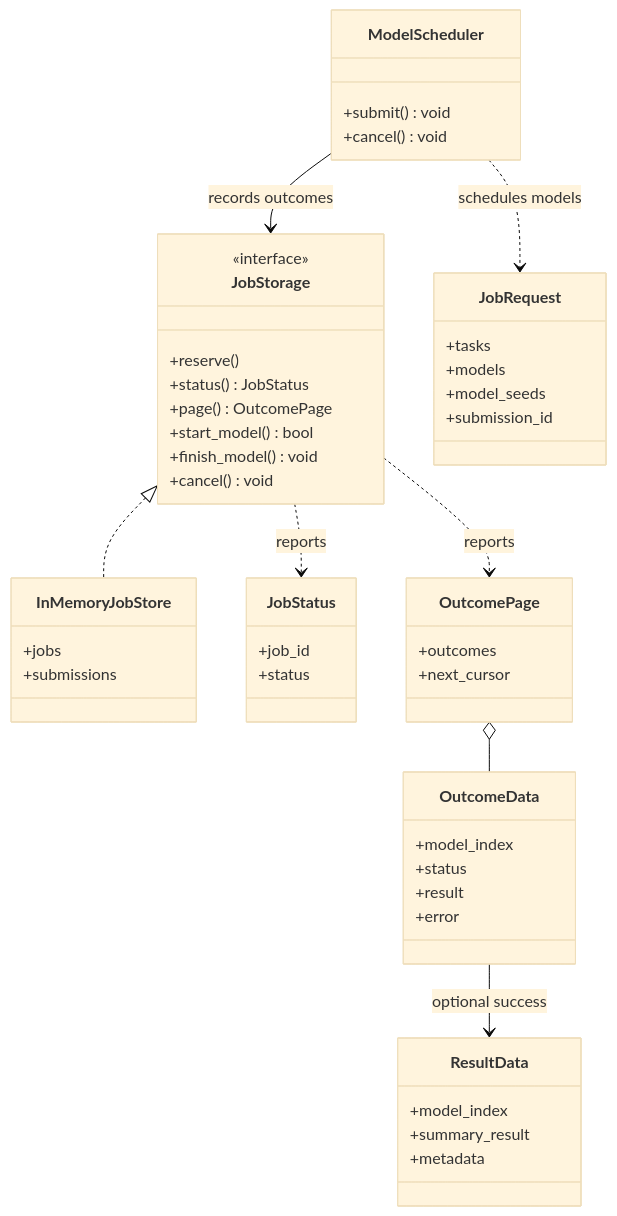
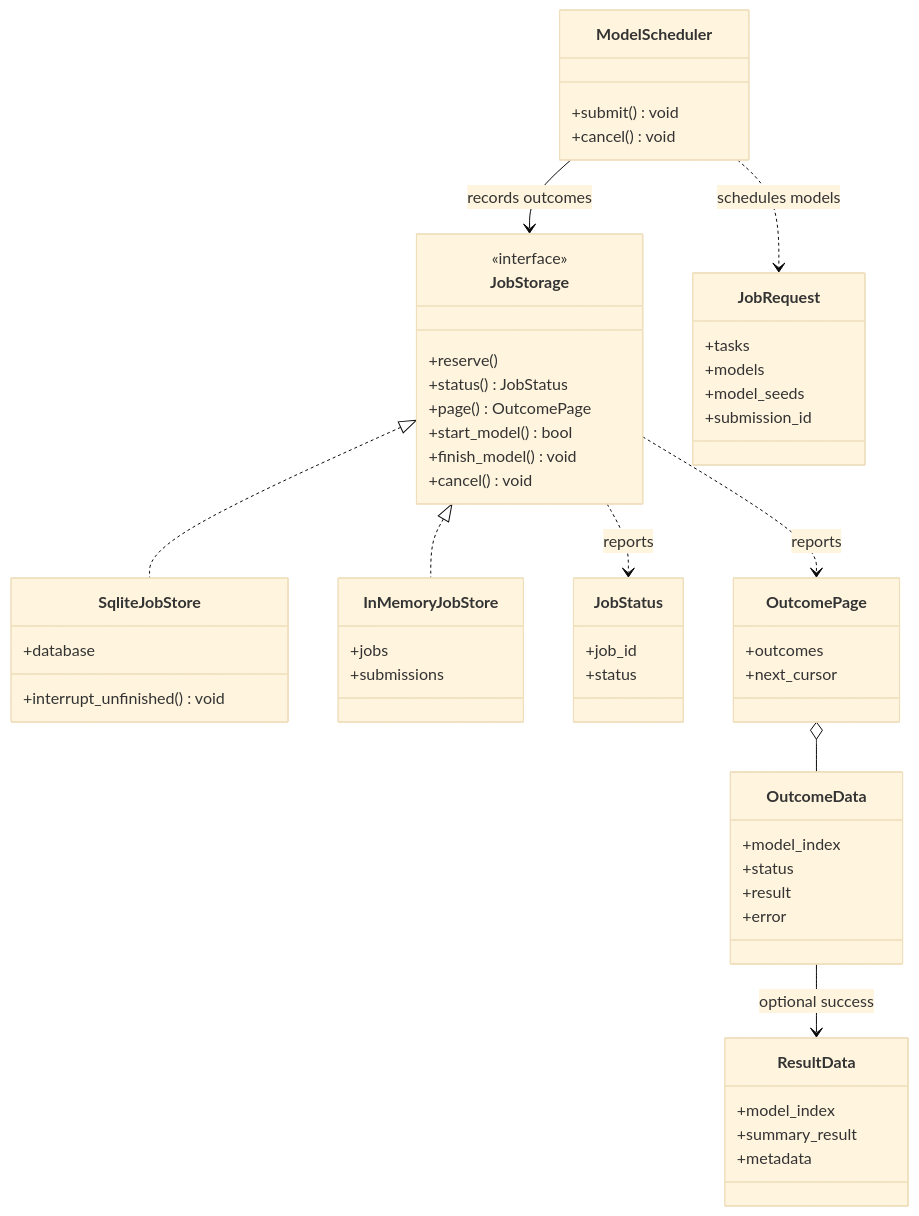
One commit to bvett/value-stream-simulator changed the fifth of 7 diagrams in docs/architecture.md. Above: the diagram before and after it, drawn with Mermaid (base theme). The commit also changed other lines of this file and 21 other files, not shown here.

````diff
--- a/docs/architecture.md
+++ b/docs/architecture.md
@@ -223,52 +234,57 @@
 ```mermaid
 classDiagram
     class JobStorage {
         <<interface>>
         +reserve()
         +status() JobStatus
         +page() OutcomePage
         +start_model() bool
         +finish_model() void
         +cancel() void
+    }
+    class SqliteJobStore {
+        +database
+        +interrupt_unfinished() void
     }
     class InMemoryJobStore {
         +jobs
         +submissions
     }
     class ModelScheduler {
         +submit() void
         +cancel() void
     }
     class JobRequest {
         +tasks
         +models
         +model_seeds
         +submission_id
     }
     class JobStatus {
         +job_id
         +status
     }
     class OutcomePage {
         +outcomes
         +next_cursor
     }
     class OutcomeData {
         +model_index
         +status
         +result
         +error
     }
     class ResultData {
         +model_index
         +summary_result
         +metadata
     }
+    JobStorage <|.. SqliteJobStore
     JobStorage <|.. InMemoryJobStore
     ModelScheduler --> JobStorage : records outcomes
     ModelScheduler ..> JobRequest : schedules models
     JobStorage ..> JobStatus : reports
     JobStorage ..> OutcomePage : reports
     OutcomePage o-- OutcomeData
     OutcomeData --> ResultData : optional success
 ```
````
